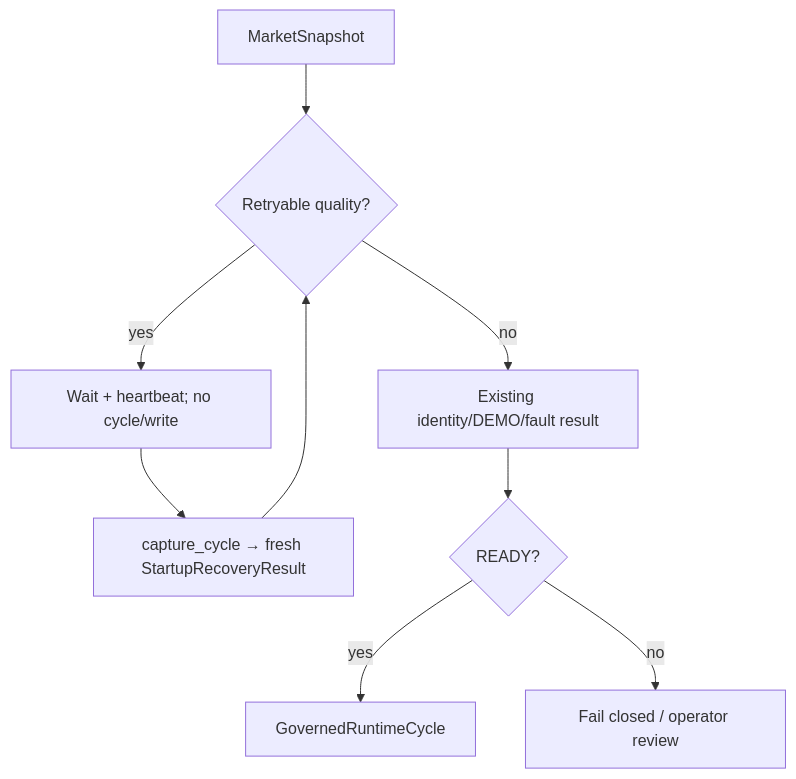
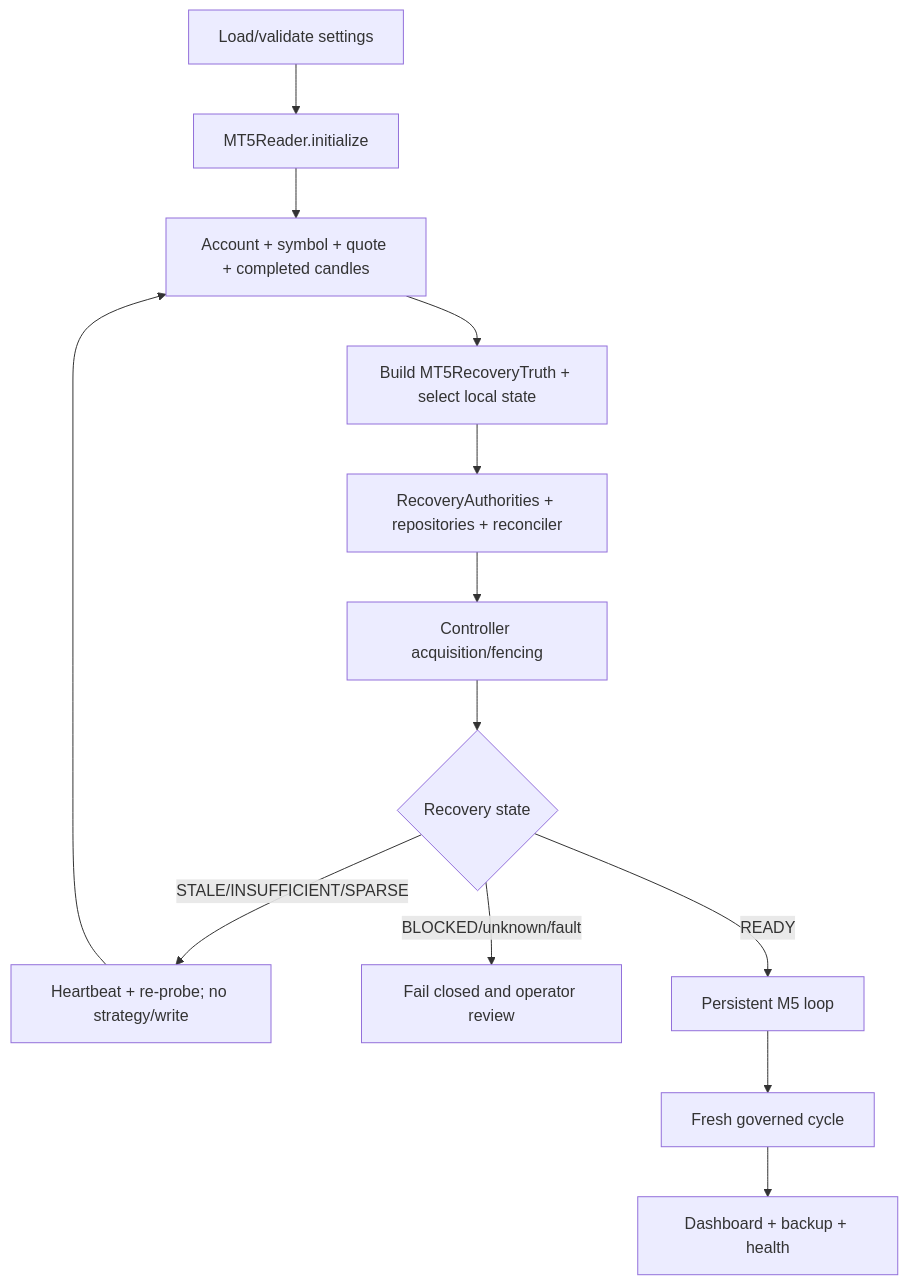
The fifth of 8 diagrams in docs/CODER_GUIDE.md (qamaratwork00-cmyk/GoldSwingTraderAI), drawn with Mermaid before and after one commit. The commit also changed other lines of this file and 33 other files, not shown here.

````diff
--- a/docs/CODER_GUIDE.md
+++ b/docs/CODER_GUIDE.md
@@ -143,11 +670,15 @@
-```mermaid
+~~~mermaid
 flowchart TB
-    SNAPSHOT["MarketSnapshot"] --> QUALITY{"Retryable quality?"}
-    QUALITY -->|"no"| AUTH["Existing identity/DEMO/fault result"]
-    QUALITY -->|"yes"| WAIT["Wait + heartbeat; no cycle/write"]
-    WAIT --> PROBE["capture_cycle → fresh StartupRecoveryResult"]
-    PROBE --> QUALITY
-    AUTH --> READY{"READY?"}
-    READY -->|"yes"| CYCLE["GovernedRuntimeCycle"]
-    READY -->|"no"| STOP["Fail closed / operator review"]
-```
+    SETTINGS["Load/validate settings"] --> INIT["MT5Reader.initialize"]
+    INIT --> SNAP["Account + symbol + quote + completed candles"]
+    SNAP --> RECOVERY["Build MT5RecoveryTruth + select local state"]
+    RECOVERY --> AUTH["RecoveryAuthorities + repositories + reconciler"]
+    AUTH --> CTRL["Controller acquisition/fencing"]
+    CTRL --> RESULT{"Recovery state"}
+    RESULT -->|"STALE/INSUFFICIENT/SPARSE"| WAIT["Heartbeat + re-probe; no strategy/write"]
+    WAIT --> SNAP
+    RESULT -->|"BLOCKED/unknown/fault"| STOP["Fail closed and operator review"]
+    RESULT -->|"READY"| LOOP["Persistent M5 loop"]
+    LOOP --> CYCLE["Fresh governed cycle"]
+    CYCLE --> DASH["Dashboard + backup + health"]
+~~~
````
